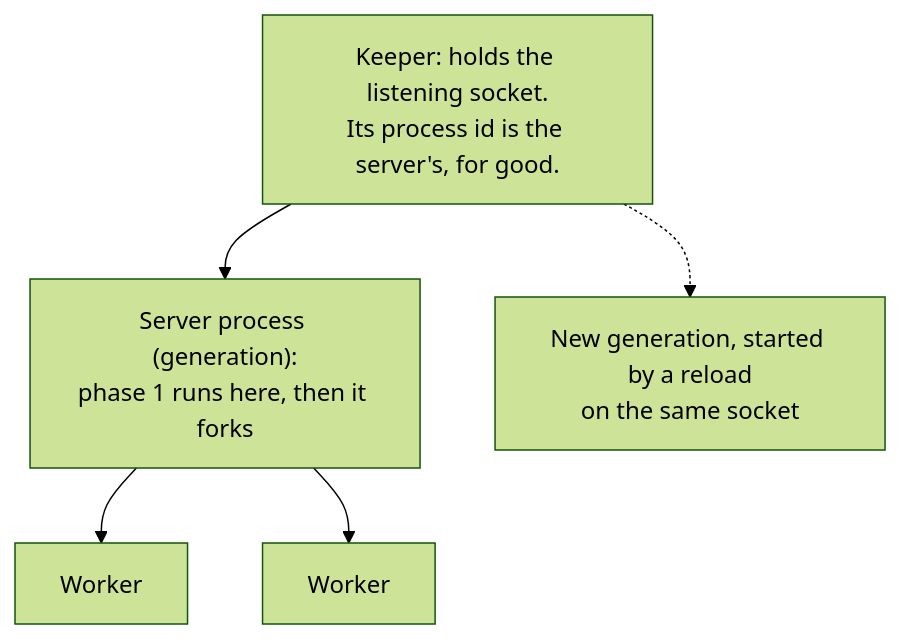
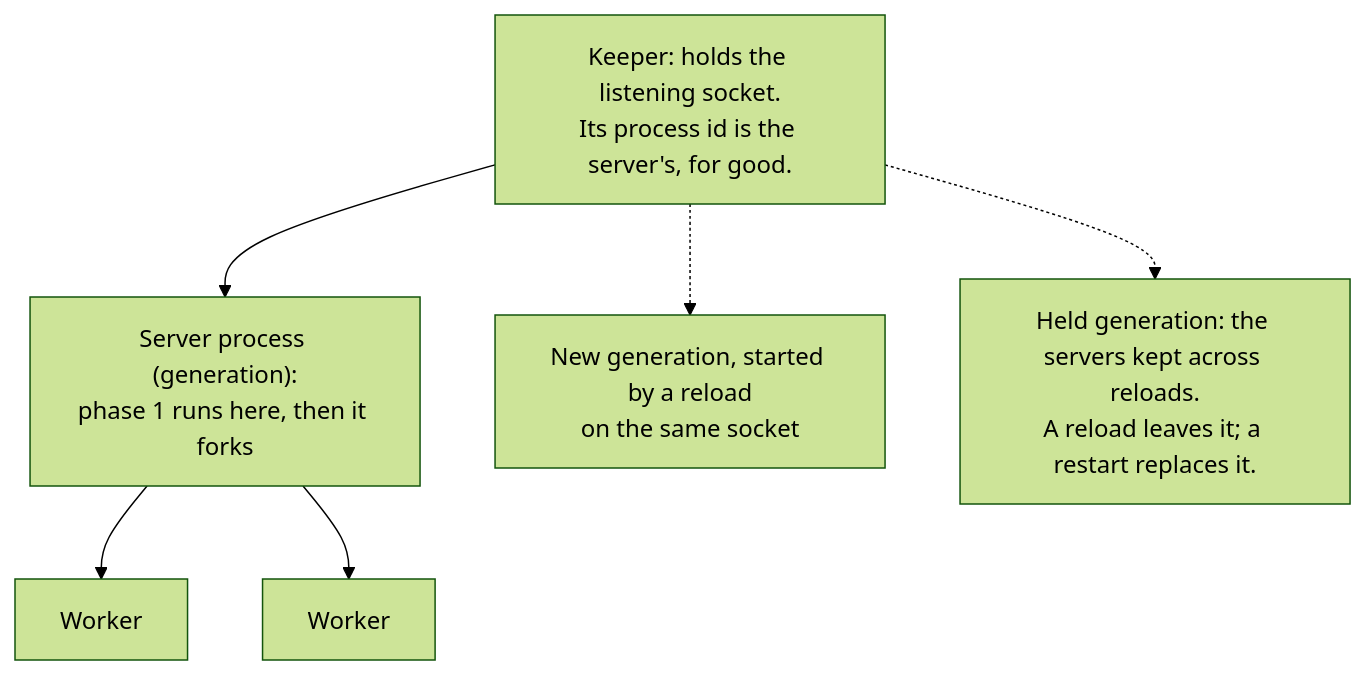
One commit to crabphp/framework changed the fourth of 4 diagrams in ARCHITECTURE.md. Above: the diagram before and after it, drawn with Mermaid (forest theme). The commit also changed other lines of this file and 21 other files, not shown here.

```diff
--- a/ARCHITECTURE.md
+++ b/ARCHITECTURE.md
@@ -228,12 +228,14 @@
 ~~~mermaid
 flowchart TD
     K["Keeper: holds the listening socket.<br/>Its process id is the server's, for good."]
     G1["Server process (generation):<br/>phase 1 runs here, then it forks"]
     W1[Worker]
     W2[Worker]
     G2["New generation, started by a reload<br/>on the same socket"]
+    H["Held generation: the servers kept across reloads.<br/>A reload leaves it; a restart replaces it."]
     K --> G1
     G1 --> W1
     G1 --> W2
     K -.-> G2
+    K -.-> H
 ~~~
```
